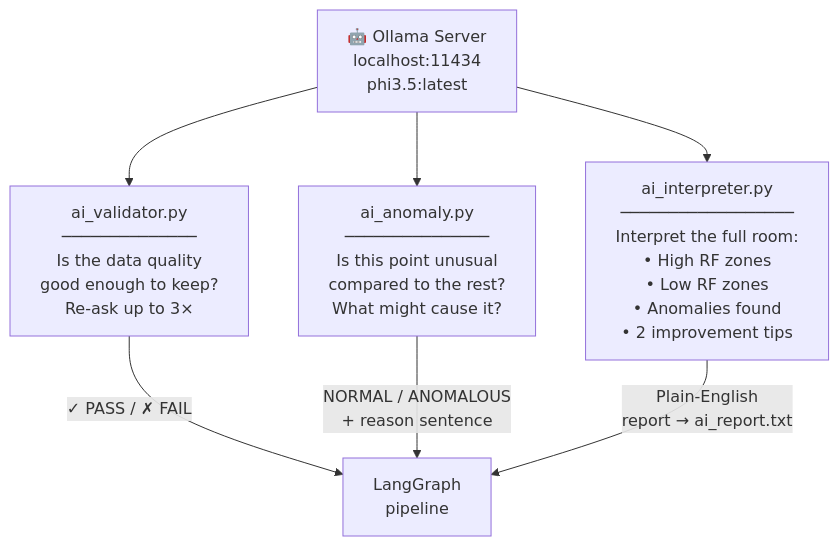
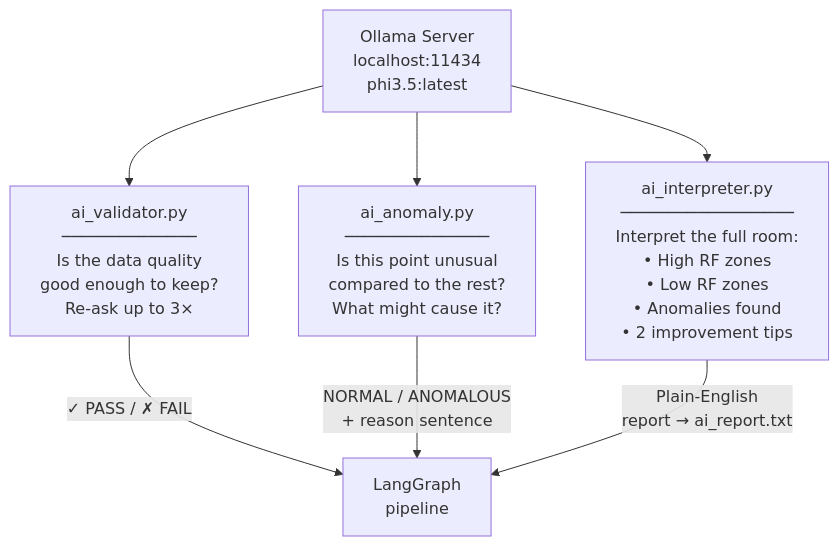
The fifth of 7 diagrams in PROJECT_FLOW.md (Fairtexas5/AetherScan-Seance), drawn with Mermaid before and after one commit. The commit also changed other lines of this file and 5 other files, not shown here.

````diff
--- a/PROJECT_FLOW.md
+++ b/PROJECT_FLOW.md
@@ -135,16 +135,16 @@
 ```mermaid
 flowchart TD
-    OLLAMA["🤖 Ollama Server\nlocalhost:11434\nphi3.5:latest"]
+    OLLAMA[" Ollama Server\nlocalhost:11434\nphi3.5:latest"]
 
     V["ai_validator.py\n──────────────\nIs the data quality\ngood enough to keep?\nRe-ask up to 3×"]
     AN["ai_anomaly.py\n───────────────\nIs this point unusual\ncompared to the rest?\nWhat might cause it?"]
     IN["ai_interpreter.py\n──────────────────\nInterpret the full room:\n• High RF zones\n• Low RF zones\n• Anomalies found\n• 2 improvement tips"]
 
     OLLAMA --> V
     OLLAMA --> AN
     OLLAMA --> IN
 
     V -- "✓ PASS / ✗ FAIL" --> PIPE["LangGraph\npipeline"]
     AN -- "NORMAL / ANOMALOUS\n+ reason sentence" --> PIPE
     IN -- "Plain-English\nreport → ai_report.txt" --> PIPE
 ```
````
